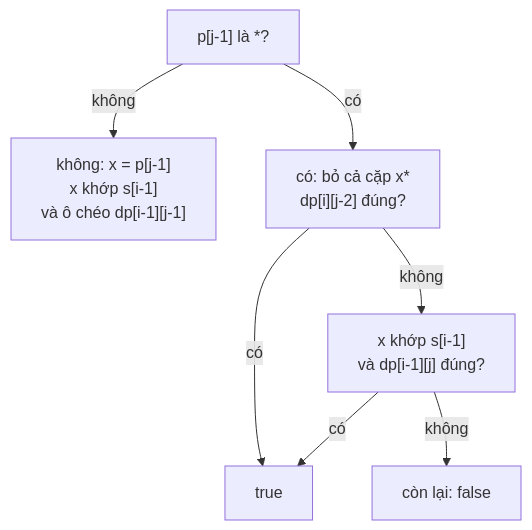
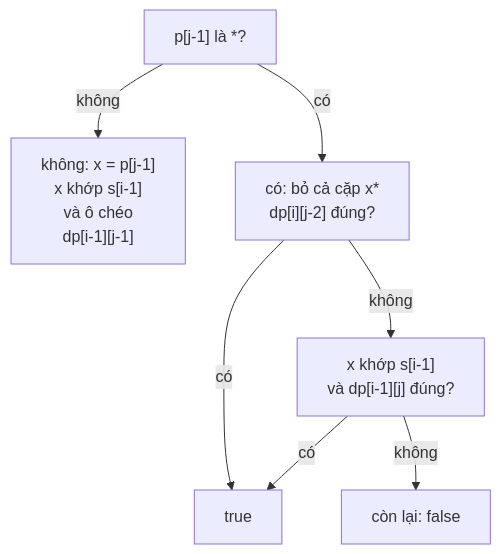
One commit to duongbui234/software-engineering-atlas changed the second of 2 diagrams in content/problems/regular-expression-matching.md. Above: the diagram before and after it, drawn with Mermaid. The commit also changed 134 other files, not shown here.

First line of the commit message:
Fit every Mermaid diagram at 390px without sideways scroll (#56)

````diff
--- a/content/problems/regular-expression-matching.md
+++ b/content/problems/regular-expression-matching.md
@@ -93,15 +93,15 @@
 ```mermaid
 flowchart TB
   Q["p[j-1] là *?"]
-  N["không: x = p[j-1]<br/>x khớp s[i-1]<br/>và ô chéo dp[i-1][j-1]"]
+  N["không: x = p[j-1]<br/>x khớp s[i-1]<br/>và ô chéo<br/>dp[i-1][j-1]"]
   Z["có: bỏ cả cặp x*<br/>dp[i][j-2] đúng?"]
   T["true"]
   M["x khớp s[i-1]<br/>và dp[i-1][j] đúng?"]
   F["còn lại: false"]
   Q -->|không| N
   Q -->|có| Z
   Z -->|có| T
   Z -->|không| M
   M -->|có| T
   M -->|không| F
 ```
````
